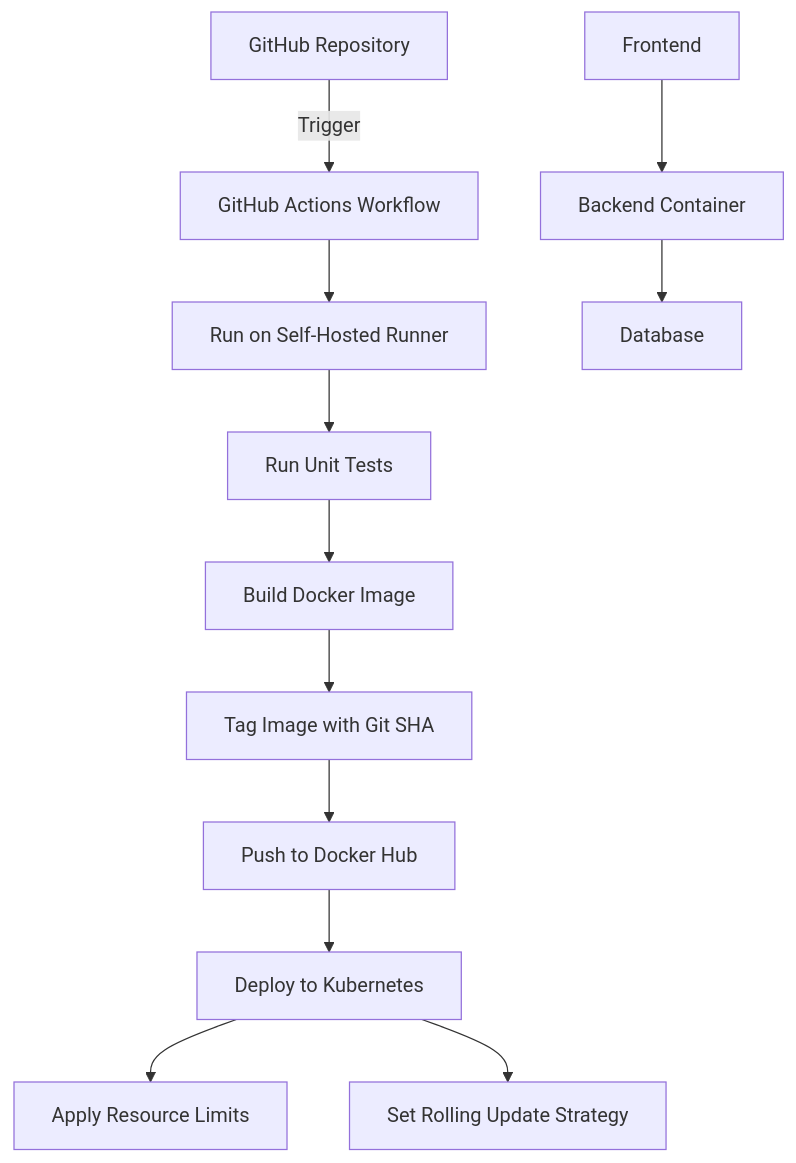
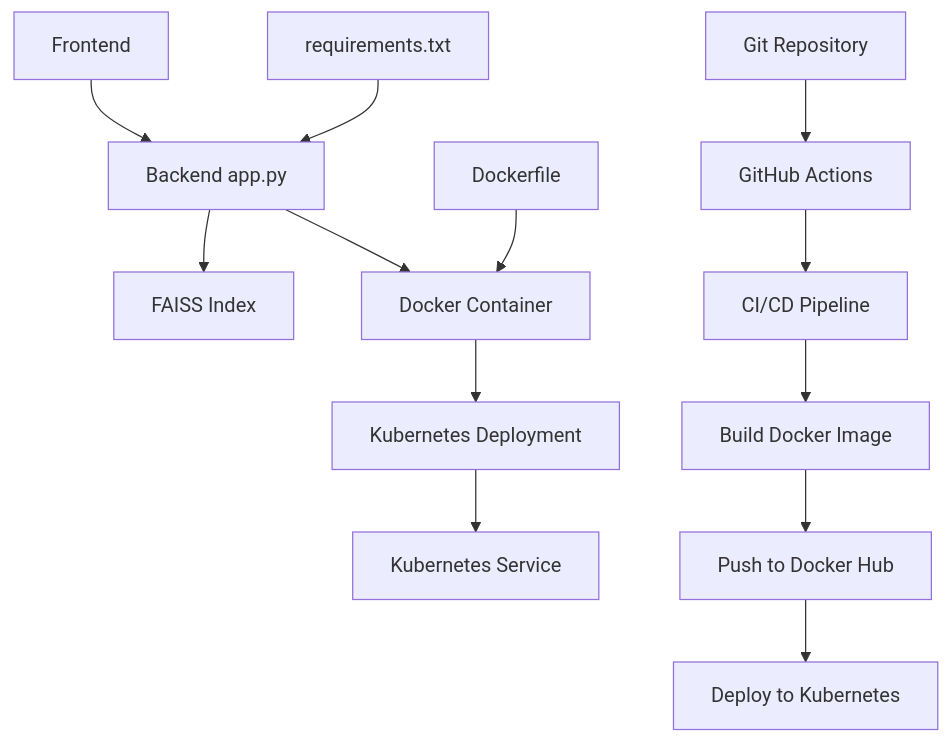
One commit to ashwanth01-pixel/flaskapp changed the diagram in Design.md. Above: the diagram before and after it, drawn with Mermaid. The commit also changed other lines of this file and 4 other files, not shown here.

Commit message:
Automated: Add repo analysis, suggested fixes, and design diagram

````diff
--- a/Design.md
+++ b/Design.md
@@ -7,14 +7,15 @@
 ```mermaid
 graph TD;
-    A[GitHub Repository] -->|Trigger| B[GitHub Actions Workflow]
-    B --> C[Run on Self-Hosted Runner]
-    C --> D[Run Unit Tests]
-    D --> E[Build Docker Image]
-    E --> F[Tag Image with Git SHA]
-    F --> G[Push to Docker Hub]
-    G --> H[Deploy to Kubernetes]
-    H --> I[Apply Resource Limits]
-    H --> J[Set Rolling Update Strategy]
-    K[Frontend] --> L[Backend Container]
-    L --> M[Database]
+    A[Frontend] --> B[Backend app.py];
+    B --> C[FAISS Index];
+    B --> D[Docker Container];
+    D --> E[Kubernetes Deployment];
+    E --> F[Kubernetes Service];
+    G[GitHub Actions] --> H[CI/CD Pipeline];
+    H --> I[Build Docker Image];
+    I --> J[Push to Docker Hub];
+    J --> K[Deploy to Kubernetes];
+    L[Git Repository] --> G;
+    M[requirements.txt] --> B;
+    N[Dockerfile] --> D;
 ```
````
